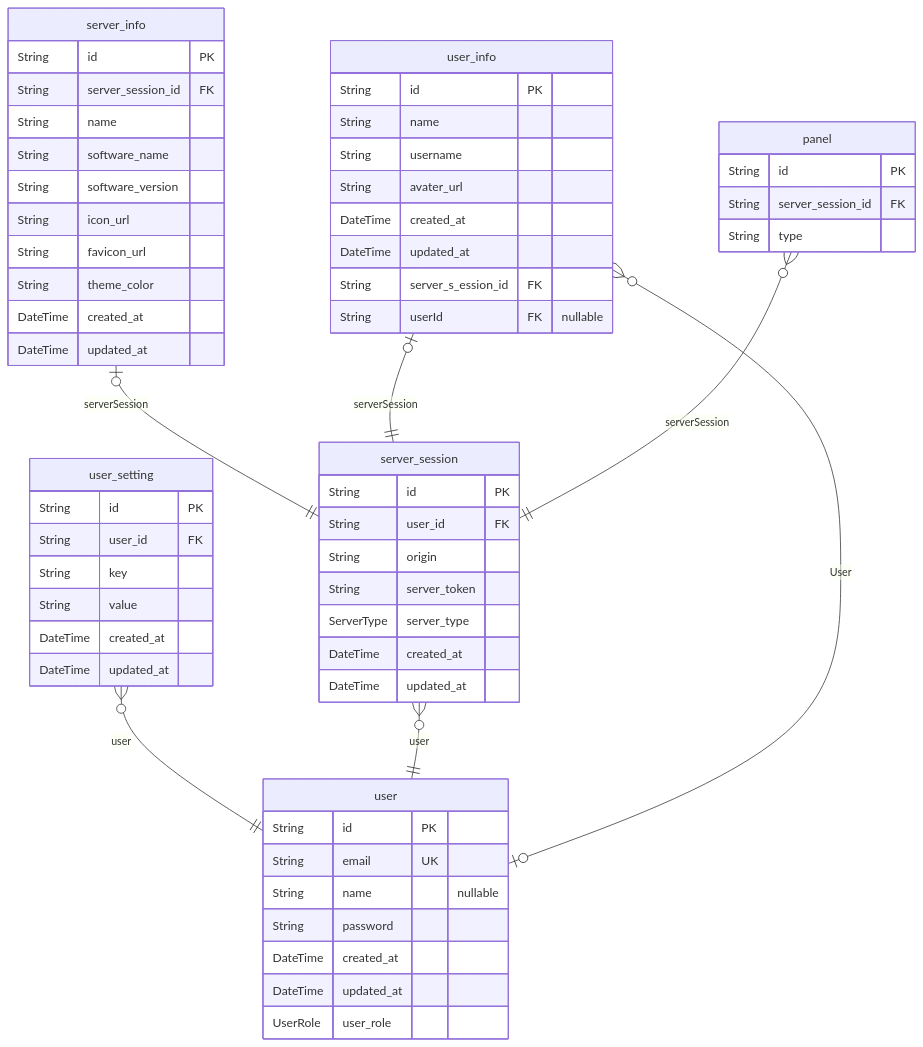
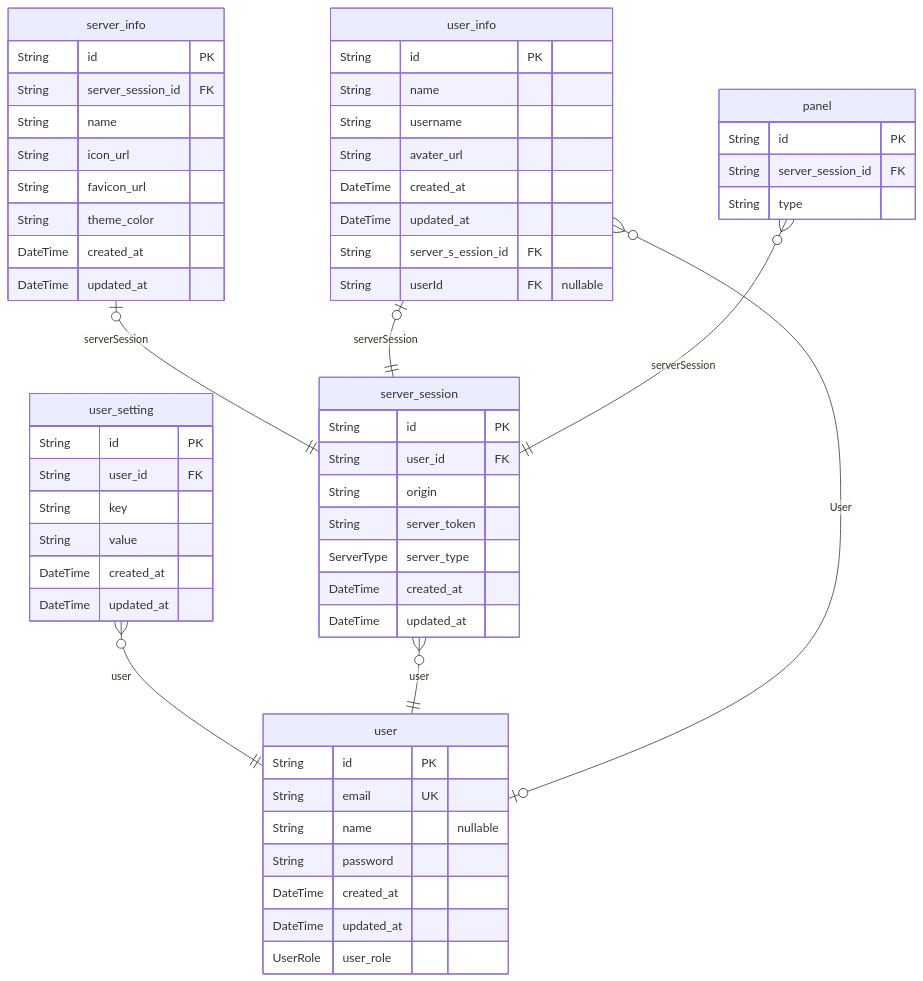
One commit to mochi-sann/mi-deck changed the diagram in apps/server/prisma/ERD.md. Above: the diagram before and after it, drawn with Mermaid. The commit also changed other lines of this file and 8 other files, not shown here.

````diff
--- a/apps/server/prisma/ERD.md
+++ b/apps/server/prisma/ERD.md
@@ -7,62 +7,60 @@
 ```mermaid
 erDiagram
 "user" {
   String id PK
   String email UK
   String name "nullable"
   String password
   DateTime created_at
   DateTime updated_at
   UserRole user_role
 }
 "user_setting" {
   String id PK
   String user_id FK
   String key
   String value
   DateTime created_at
   DateTime updated_at
 }
 "server_session" {
   String id PK
   String user_id FK
   String origin
   String server_token
   ServerType server_type
   DateTime created_at
   DateTime updated_at
 }
 "server_info" {
   String id PK
   String server_session_id FK
   String name
-  String software_name
-  String software_version
   String icon_url
   String favicon_url
   String theme_color
   DateTime created_at
   DateTime updated_at
 }
 "user_info" {
   String id PK
   String name
   String username
   String avater_url
   DateTime created_at
   DateTime updated_at
   String server_s_ession_id FK
   String userId FK "nullable"
 }
 "panel" {
   String id PK
   String server_session_id FK
   String type
 }
 "user_setting" }o--|| "user" : user
 "server_session" }o--|| "user" : user
 "server_info" |o--|| "server_session" : serverSession
 "user_info" |o--|| "server_session" : serverSession
 "user_info" }o--o| "user" : User
 "panel" }o--|| "server_session" : serverSession
 ```
````
